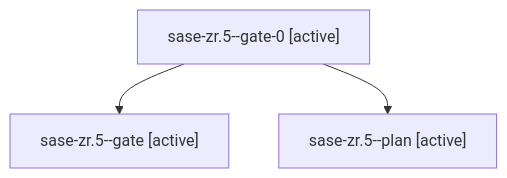
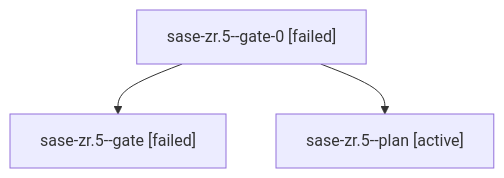
One commit to sase-org/sase--agents changed the diagram in families/bbugyi200.apollo.sase-zr.5.md. Above: the diagram before and after it, drawn with Mermaid. The commit also changed other lines of this file and 32 other files, not shown here.

````diff
--- a/families/bbugyi200.apollo.sase-zr.5.md
+++ b/families/bbugyi200.apollo.sase-zr.5.md
@@ -9,8 +9,8 @@
 ```mermaid
 flowchart TD
-  n0["sase-zr.5--gate-0 [active]"]
-  n1["sase-zr.5--gate [active]"]
+  n0["sase-zr.5--gate-0 [failed]"]
+  n1["sase-zr.5--gate [failed]"]
   n0 --> n1
   n2["sase-zr.5--plan [active]"]
   n0 --> n2
 ```
````
